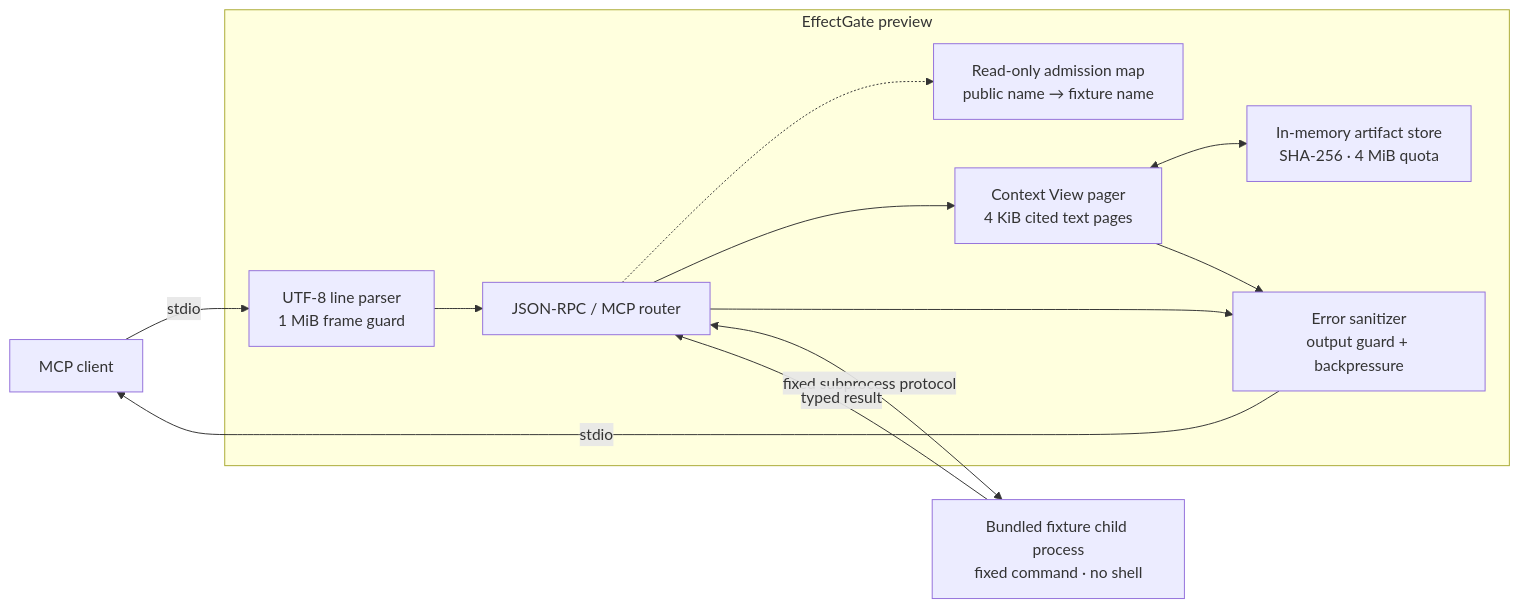
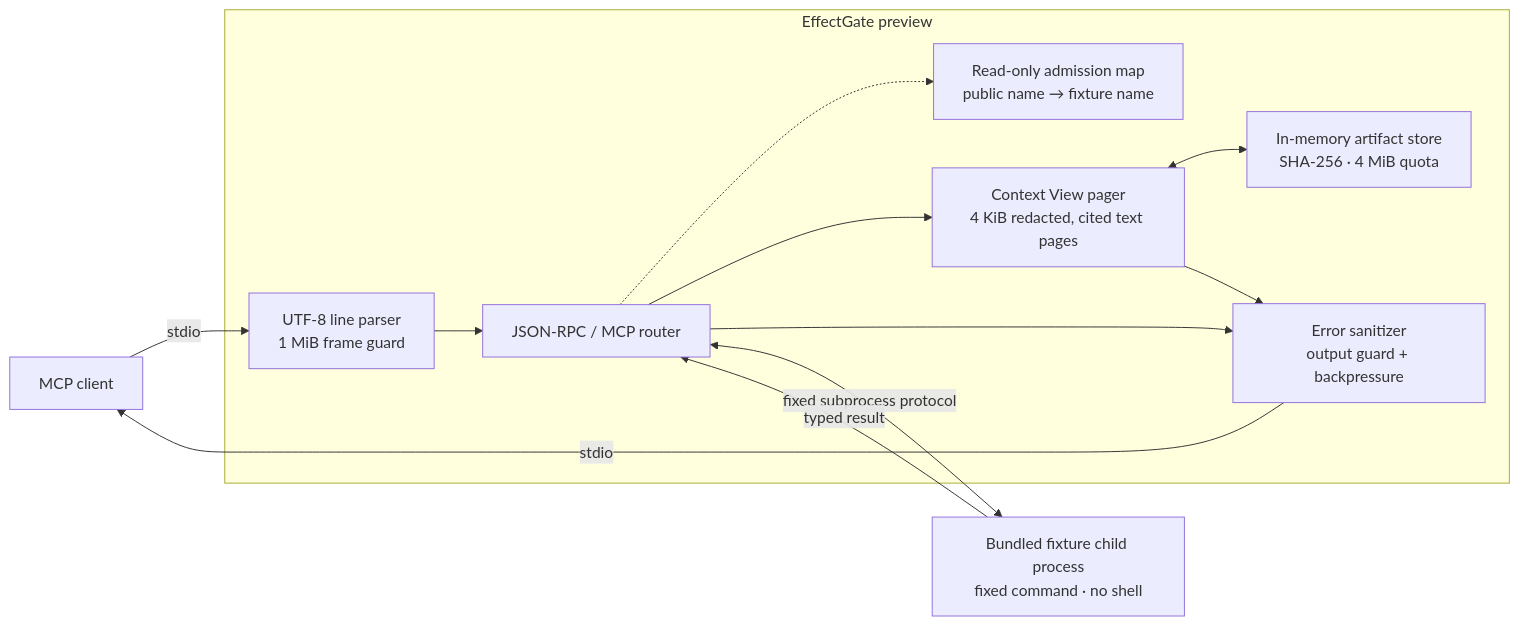
One commit to Miniks040506/EffectGate changed the diagram in README.md. Above: the diagram before and after it, drawn with Mermaid. The commit also changed other lines of this file and 3 other files, not shown here.

````diff
--- a/README.md
+++ b/README.md
@@ -58,27 +61,27 @@
 ```mermaid
 flowchart LR
     Client["MCP client"]
 
     subgraph Gate["EffectGate preview"]
         Input["UTF-8 line parser<br/>1 MiB frame guard"]
         Router["JSON-RPC / MCP router"]
         Catalog["Read-only admission map<br/>public name → fixture name"]
-        Views["Context View pager<br/>4 KiB cited text pages"]
+        Views["Context View pager<br/>4 KiB redacted, cited text pages"]
         Store["In-memory artifact store<br/>SHA-256 · 4 MiB quota"]
         Output["Error sanitizer<br/>output guard + backpressure"]
 
         Input --> Router
         Router -.-> Catalog
         Router --> Views
         Views <--> Store
         Router --> Output
         Views --> Output
     end
 
     Fixture["Bundled fixture child process<br/>fixed command · no shell"]
 
     Client -->|"stdio"| Input
     Router <-->|"fixed subprocess protocol"| Fixture
     Fixture -->|"typed result"| Router
     Output -->|"stdio"| Client
 ```
````
